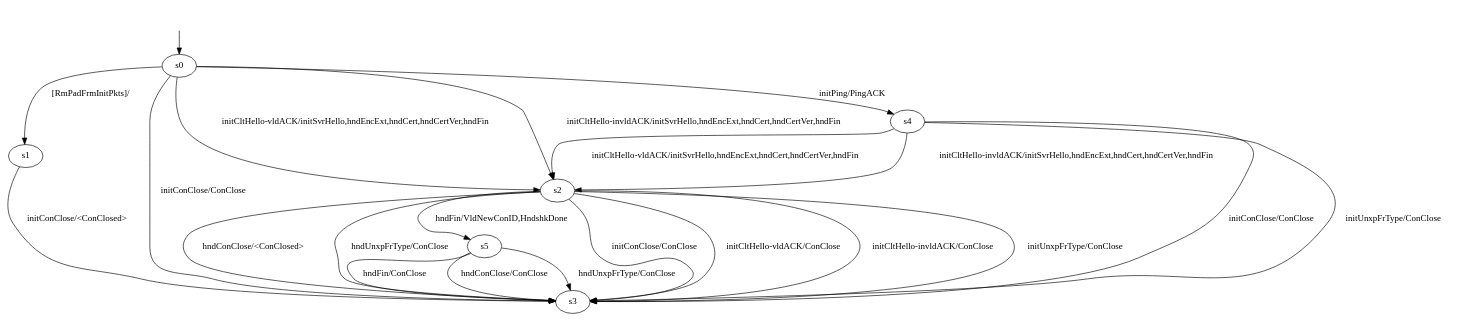
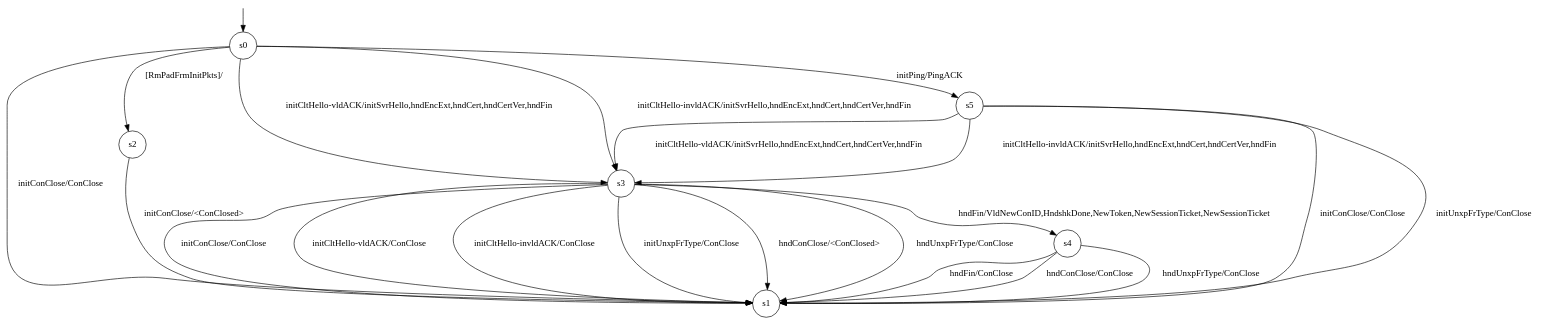
Before and after one commit to QUICTester/QUICTester: the diagram in results/xquicModels/CS-temporal/xquic-B-0/optimisedLearnedModel.dot, drawn with Graphviz. The commit also changed 127 other files, not shown here.

```diff
--- a/results/xquicModels/CS-temporal/xquic-B-0/optimisedLearnedModel.dot
+++ b/results/xquicModels/CS-temporal/xquic-B-0/optimisedLearnedModel.dot
@@ -1,30 +1,33 @@
-digraph "../results/xquicModels/xquic-B-CS-0/learnedModel" {
-s0 [label=s0];
-s1 [label=s1];
-s2 [label=s2];
-s3 [label=s3];
-s4 [label=s4];
-s5 [label=s5];
-s0 -> s4  [label="initPing/PingACK "];
-s0 -> s3  [label="initConClose/ConClose "];
-s0 -> s2  [label="initCltHello-vldACK/initSvrHello,hndEncExt,hndCert,hndCertVer,hndFin "];
-s0 -> s2  [label="initCltHello-invldACK/initSvrHello,hndEncExt,hndCert,hndCertVer,hndFin "];
-s0 -> s1  [label="[RmPadFrmInitPkts]/ "];
-s1 -> s3  [label="initConClose/<ConClosed> "];
-s2 -> s3  [label="initConClose/ConClose "];
-s2 -> s3  [label="initCltHello-vldACK/ConClose "];
-s2 -> s3  [label="initCltHello-invldACK/ConClose "];
-s2 -> s3  [label="initUnxpFrType/ConClose "];
-s2 -> s5  [label="hndFin/VldNewConID,HndshkDone "];
-s2 -> s3  [label="hndConClose/<ConClosed> "];
-s2 -> s3  [label="hndUnxpFrType/ConClose "];
-s4 -> s3  [label="initConClose/ConClose "];
-s4 -> s2  [label="initCltHello-vldACK/initSvrHello,hndEncExt,hndCert,hndCertVer,hndFin "];
-s4 -> s2  [label="initCltHello-invldACK/initSvrHello,hndEncExt,hndCert,hndCertVer,hndFin "];
-s4 -> s3  [label="initUnxpFrType/ConClose "];
-s5 -> s3  [label="hndFin/ConClose "];
-s5 -> s3  [label="hndConClose/ConClose "];
-s5 -> s3  [label="hndUnxpFrType/ConClose "];
-__start0 [label="", shape=none];
-__start0 -> s0  [label=""];
+digraph g {
+
+s0 [shape="circle" label="s0"];
+s1 [shape="circle" label="s1"];
+s2 [shape="circle" label="s2"];
+s3 [shape="circle" label="s3"];
+s4 [shape="circle" label="s4"];
+s5 [shape="circle" label="s5"];
+s0 -> s5 [label="initPing/PingACK "];
+s0 -> s1 [label="initConClose/ConClose "];
+s0 -> s3 [label="initCltHello-vldACK/initSvrHello,hndEncExt,hndCert,hndCertVer,hndFin "];
+s0 -> s3 [label="initCltHello-invldACK/initSvrHello,hndEncExt,hndCert,hndCertVer,hndFin "];
+s0 -> s2 [label="[RmPadFrmInitPkts]/ "];
+s2 -> s1 [label="initConClose/<ConClosed> "];
+s3 -> s1 [label="initConClose/ConClose "];
+s3 -> s1 [label="initCltHello-vldACK/ConClose "];
+s3 -> s1 [label="initCltHello-invldACK/ConClose "];
+s3 -> s1 [label="initUnxpFrType/ConClose "];
+s3 -> s4 [label="hndFin/VldNewConID,HndshkDone,NewToken,NewSessionTicket,NewSessionTicket "];
+s3 -> s1 [label="hndConClose/<ConClosed> "];
+s3 -> s1 [label="hndUnxpFrType/ConClose "];
+s4 -> s1 [label="hndFin/ConClose "];
+s4 -> s1 [label="hndConClose/ConClose "];
+s4 -> s1 [label="hndUnxpFrType/ConClose "];
+s5 -> s1 [label="initConClose/ConClose "];
+s5 -> s3 [label="initCltHello-vldACK/initSvrHello,hndEncExt,hndCert,hndCertVer,hndFin "];
+s5 -> s3 [label="initCltHello-invldACK/initSvrHello,hndEncExt,hndCert,hndCertVer,hndFin "];
+s5 -> s1 [label="initUnxpFrType/ConClose "];
+
+__start0 [label="" shape="none" width="0" height="0"];
+__start0 -> s0;
+
 }
```
